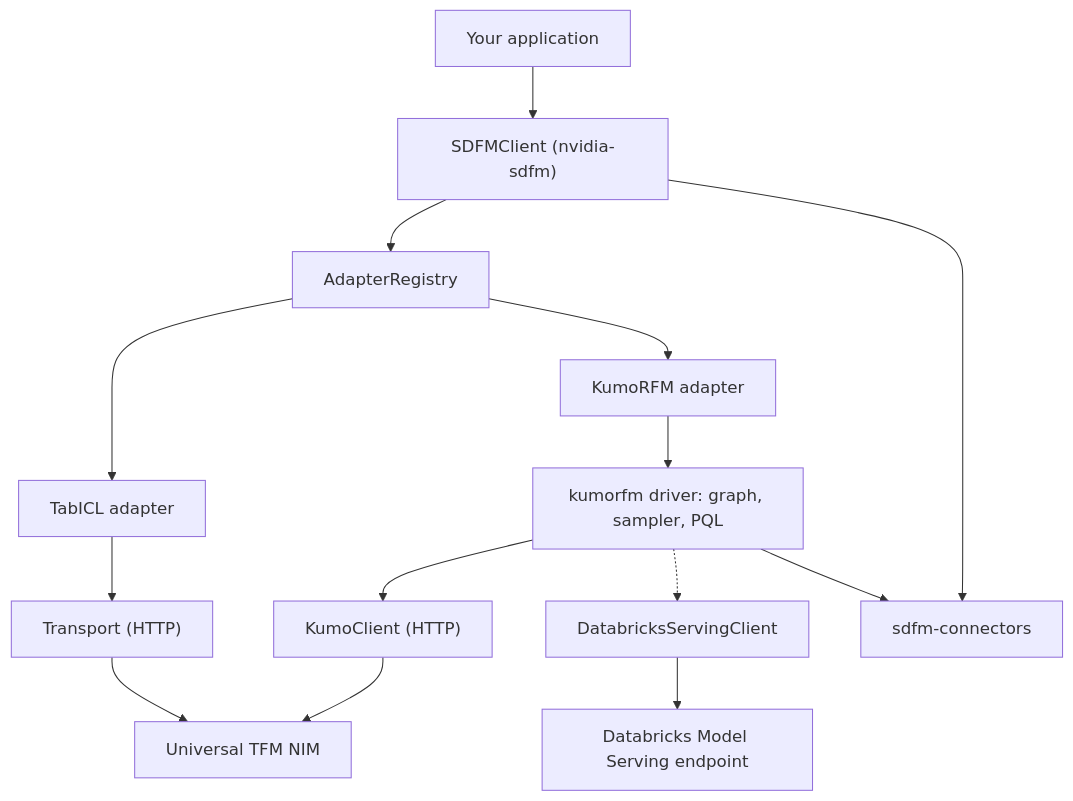
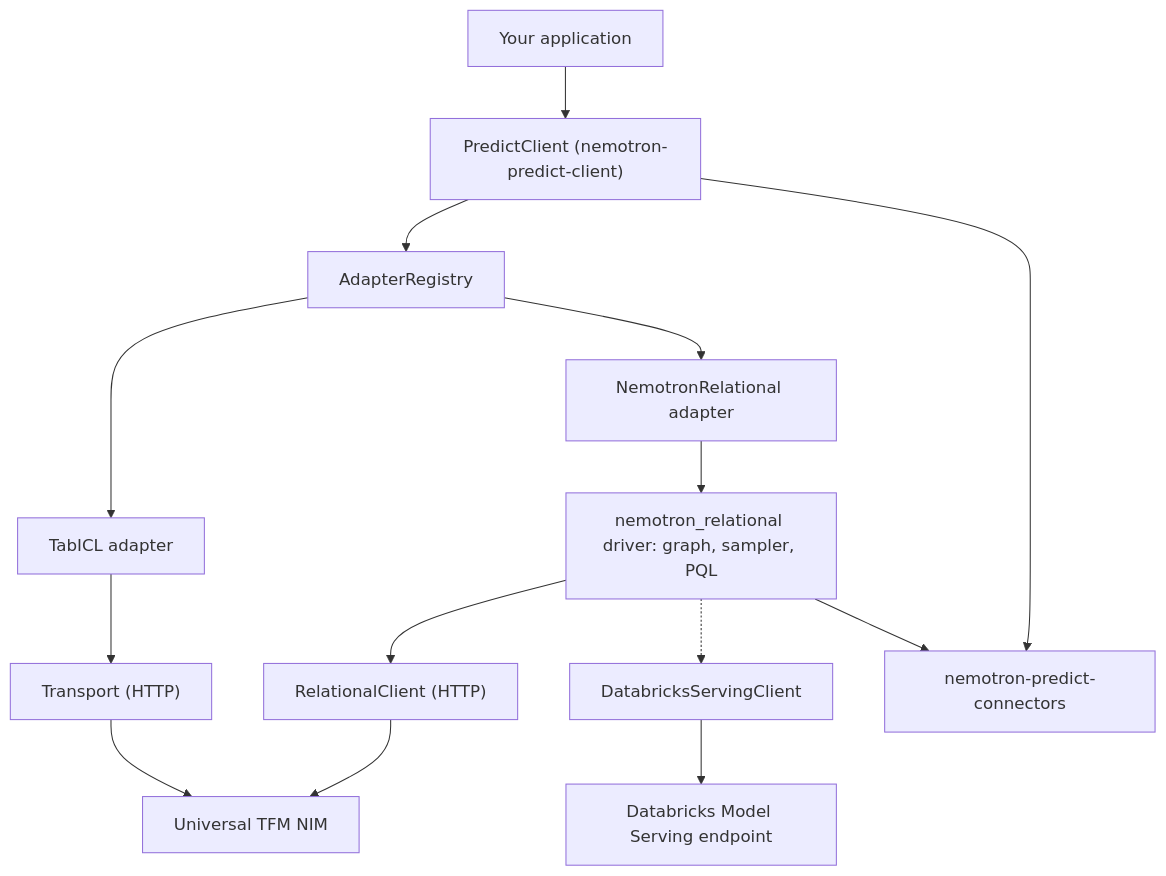
One commit to kumo-ai/kumo-relational-client changed the diagram in docs/about/architecture.md. Above: the diagram before and after it, drawn with Mermaid. The commit also changed other lines of this file and 556 other files, not shown here.

````diff
--- a/docs/about/architecture.md
+++ b/docs/about/architecture.md
@@ -15,16 +15,16 @@
 ```mermaid
 flowchart TD
-    app["Your application"] --> client["SDFMClient (nvidia-sdfm)"]
+    app["Your application"] --> client["PredictClient (nemotron-predict-client)"]
     client --> registry["AdapterRegistry"]
     registry --> tabicl["TabICL adapter"]
-    registry --> rfm["KumoRFM adapter"]
-    rfm --> driver["kumorfm driver: graph, sampler, PQL"]
+    registry --> rfm["NemotronRelational adapter"]
+    rfm --> driver["nemotron_relational driver: graph, sampler, PQL"]
     tabicl --> transport["Transport (HTTP)"]
-    driver --> kumoclient["KumoClient (HTTP)"]
+    driver --> kumoclient["RelationalClient (HTTP)"]
     driver -.-> serving["DatabricksServingClient"]
     transport --> nim["Universal TFM NIM"]
     kumoclient --> nim
     serving --> endpoint["Databricks Model Serving endpoint"]
-    client --> connectors["sdfm-connectors"]
+    client --> connectors["nemotron-predict-connectors"]
     driver --> connectors
 ```
````
